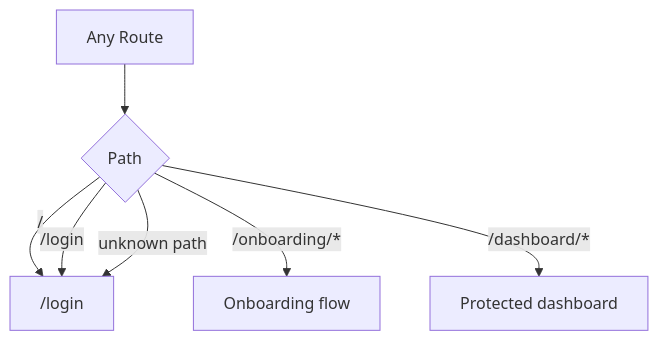
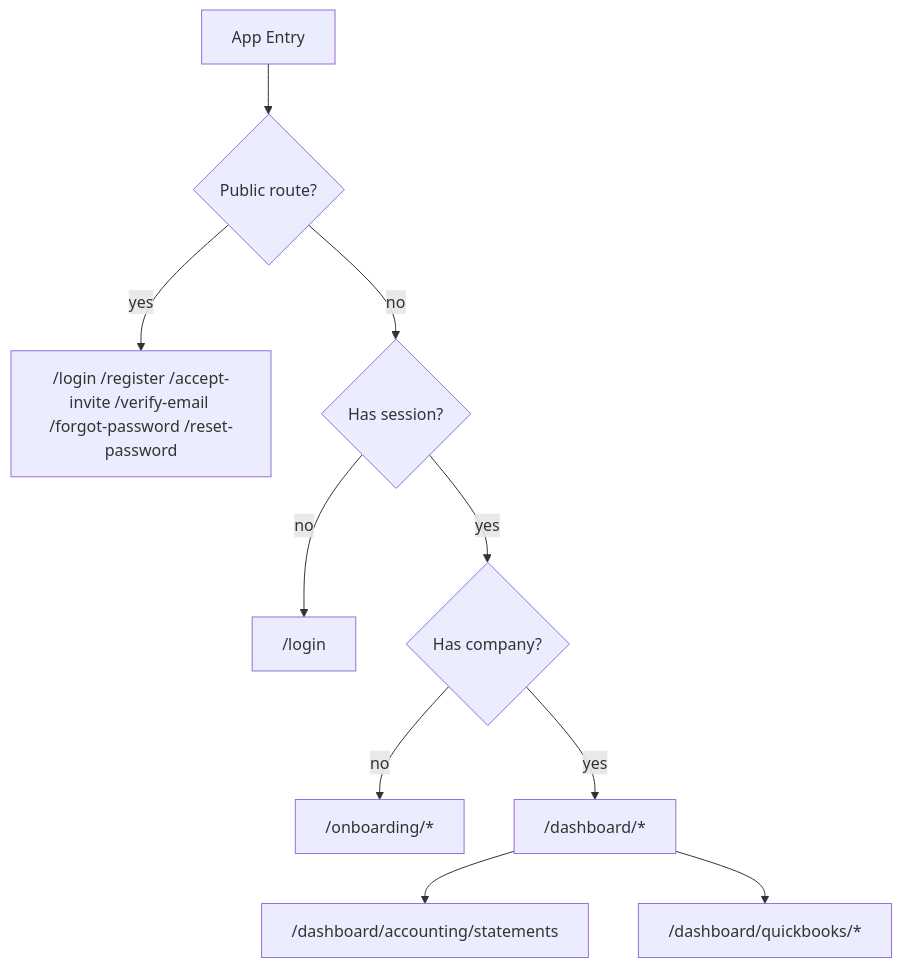
Before and after one commit to comp596-spring-2026/RetailSync: the diagram in README.md, drawn with Mermaid. The commit also changed other lines of this file and 188 other files, not shown here.

````diff
--- a/README.md
+++ b/README.md
@@ -116,9 +74,12 @@
 ```mermaid
 flowchart TD
-  Start["Any Route"] --> Root{Path}
-  Root -- "/" --> Login["/login"]
-  Root -- "/login" --> Login
-  Root -- "/onboarding/*" --> Onboarding["Onboarding flow"]
-  Root -- "/dashboard/*" --> Dashboard["Protected dashboard"]
-  Root -- "unknown path" --> Login
+  Start["App Entry"] --> Public{Public route?}
+  Public -- "yes" --> Auth["/login /register /accept-invite /verify-email /forgot-password /reset-password"]
+  Public -- "no" --> Protected{Has session?}
+  Protected -- "no" --> Login["/login"]
+  Protected -- "yes" --> Company{Has company?}
+  Company -- "no" --> Onboarding["/onboarding/*"]
+  Company -- "yes" --> Dashboard["/dashboard/*"]
+  Dashboard --> Accounting["/dashboard/accounting/statements"]
+  Dashboard --> QuickBooks["/dashboard/quickbooks/*"]
 ```
````
